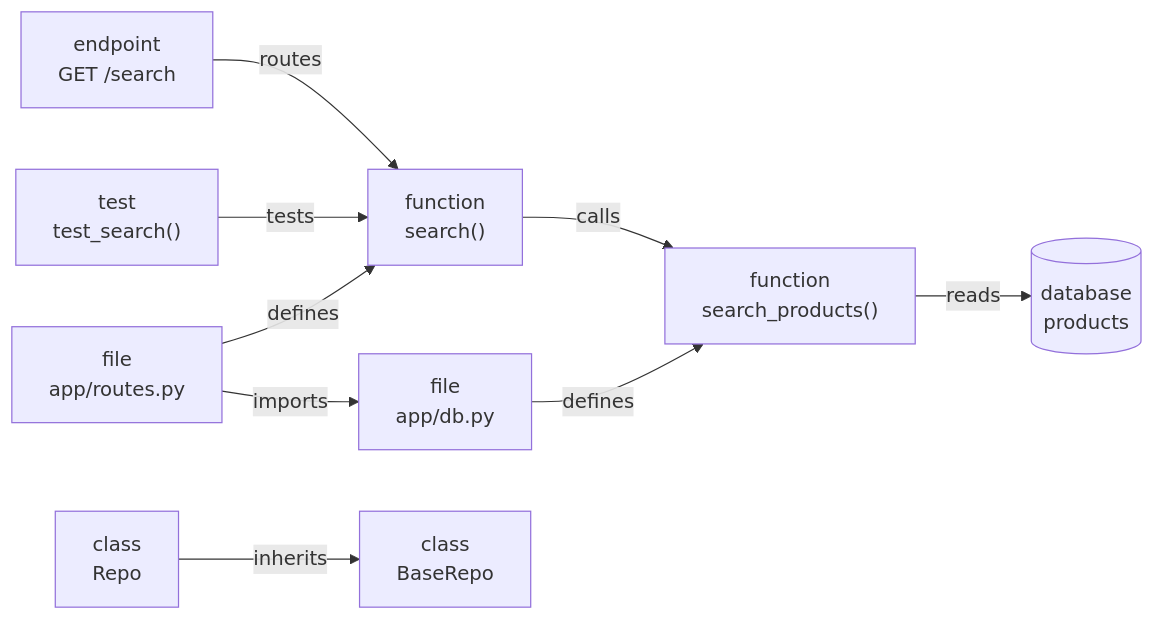
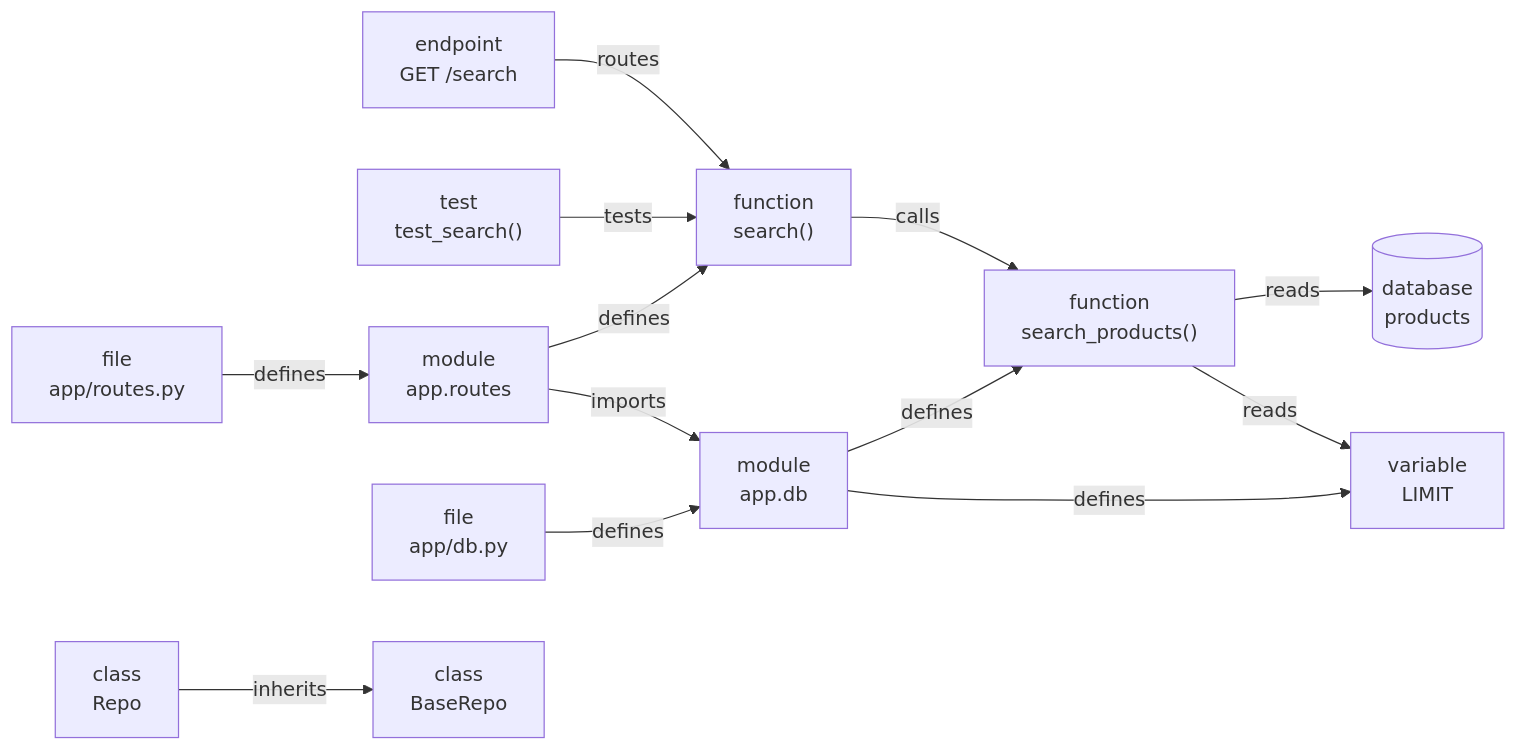
The fourth of 9 diagrams in docs/ARCHITECTURE.md (krish-121/Ai-code-reviewer), drawn with Mermaid before and after one commit. The commit also changed other lines of this file and 194 other files, not shown here.

````diff
--- a/docs/ARCHITECTURE.md
+++ b/docs/ARCHITECTURE.md
@@ -133,11 +141,15 @@
 ```mermaid
 flowchart LR
     EP["endpoint<br/>GET /search"] -->|routes| H["function<br/>search()"]
     H -->|calls| F["function<br/>search_products()"]
     F -->|reads| DB[("database<br/>products")]
     T["test<br/>test_search()"] -->|tests| H
-    file["file<br/>app/routes.py"] -->|defines| H
-    file -->|imports| dbfile["file<br/>app/db.py"]
-    dbfile -->|defines| F
+    file["file<br/>app/routes.py"] -->|defines| module["module<br/>app.routes"]
+    module -->|defines| H
+    module -->|imports| dbmodule["module<br/>app.db"]
+    dbfile["file<br/>app/db.py"] -->|defines| dbmodule
+    dbmodule -->|defines| F
+    dbmodule -->|defines| variable["variable<br/>LIMIT"]
+    F -->|reads| variable
     C["class<br/>Repo"] -->|inherits| B["class<br/>BaseRepo"]
 ```
````
